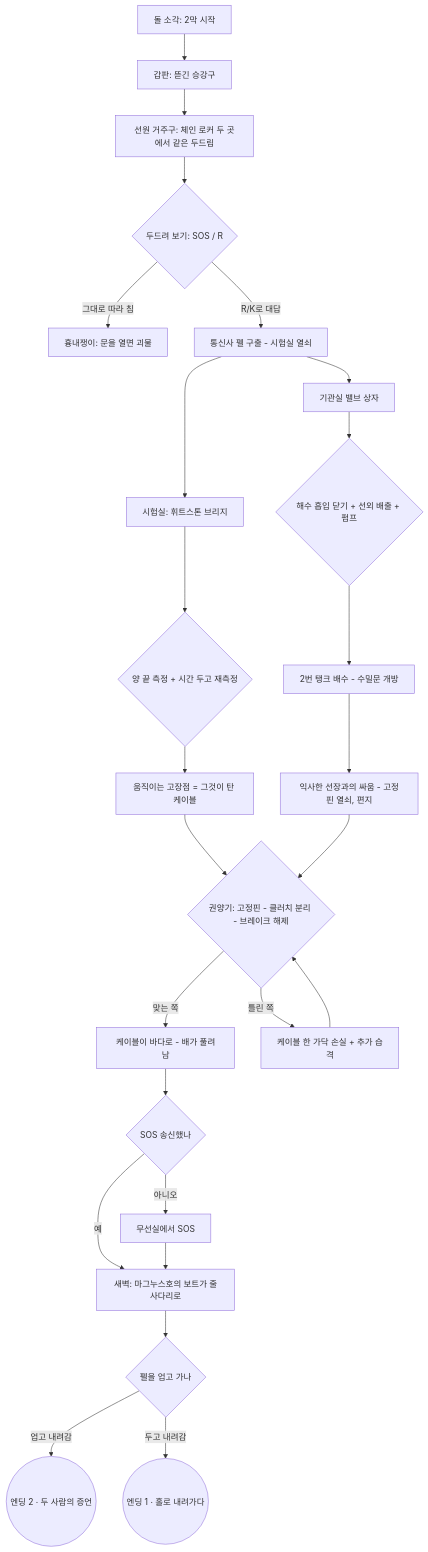
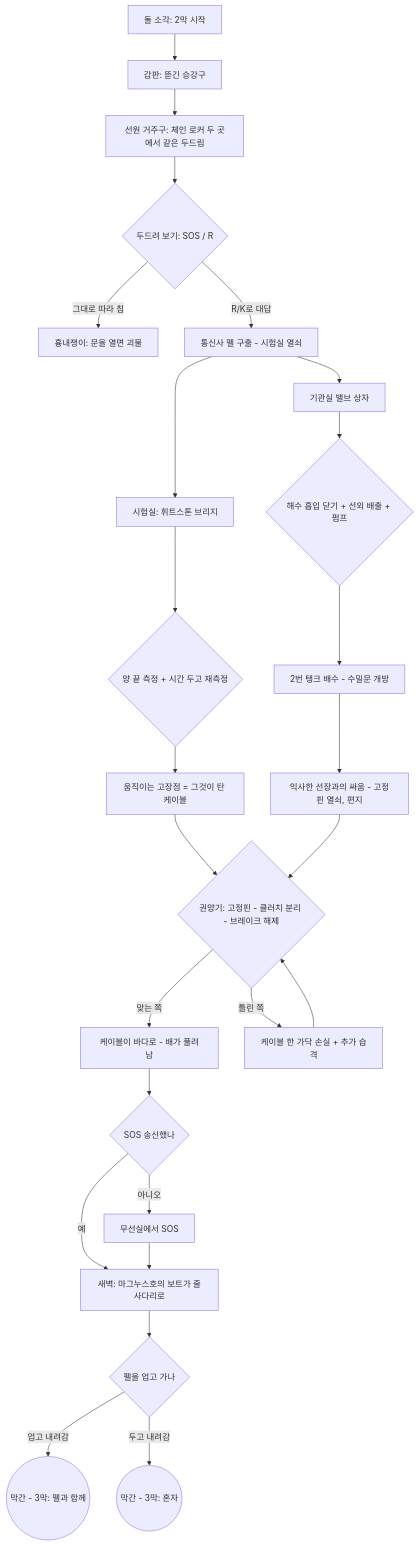
The second of 3 diagrams in docs/DESIGN.md (pavy23/aloneinthedark-like), drawn with Mermaid before and after one commit. The commit also changed other lines of this file and 43 other files, not shown here.

````diff
--- a/docs/DESIGN.md
+++ b/docs/DESIGN.md
@@ -150,26 +187,26 @@
 ```mermaid
 flowchart TD
   A[돌 소각: 2막 시작] --> B[갑판: 뜯긴 승강구]
   B --> C[선원 거주구: 체인 로커 두 곳에서 같은 두드림]
   C --> D{두드려 보기: SOS / R}
   D -->|그대로 따라 침| E[흉내쟁이: 문을 열면 괴물]
   D -->|R/K로 대답| F[통신사 펠 구출 - 시험실 열쇠]
   F --> G[시험실: 휘트스톤 브리지]
   G --> H{양 끝 측정 + 시간 두고 재측정}
   H --> I[움직이는 고장점 = 그것이 탄 케이블]
   F --> J[기관실 밸브 상자]
   J --> K{해수 흡입 닫기 + 선외 배출 + 펌프}
   K --> L[2번 탱크 배수 - 수밀문 개방]
   L --> M[익사한 선장과의 싸움 - 고정핀 열쇠, 편지]
   I --> N{권양기: 고정핀 - 클러치 분리 - 브레이크 해제}
   M --> N
   N -->|맞는 쪽| O[케이블이 바다로 - 배가 풀려남]
   N -->|틀린 쪽| P[케이블 한 가닥 손실 + 추가 습격]
   P --> N
   O --> Q{SOS 송신했나}
   Q -->|예| S[새벽: 마그누스호의 보트가 줄사다리로]
   Q -->|아니오| T[무선실에서 SOS] --> S
   S --> U{펠을 업고 가나}
-  U -->|업고 내려감| V((엔딩 2 · 두 사람의 증언))
-  U -->|두고 내려감| W((엔딩 1 · 홀로 내려가다))
+  U -->|업고 내려감| V((막간 - 3막: 펠과 함께))
+  U -->|두고 내려감| W((막간 - 3막: 혼자))
 ```
````
